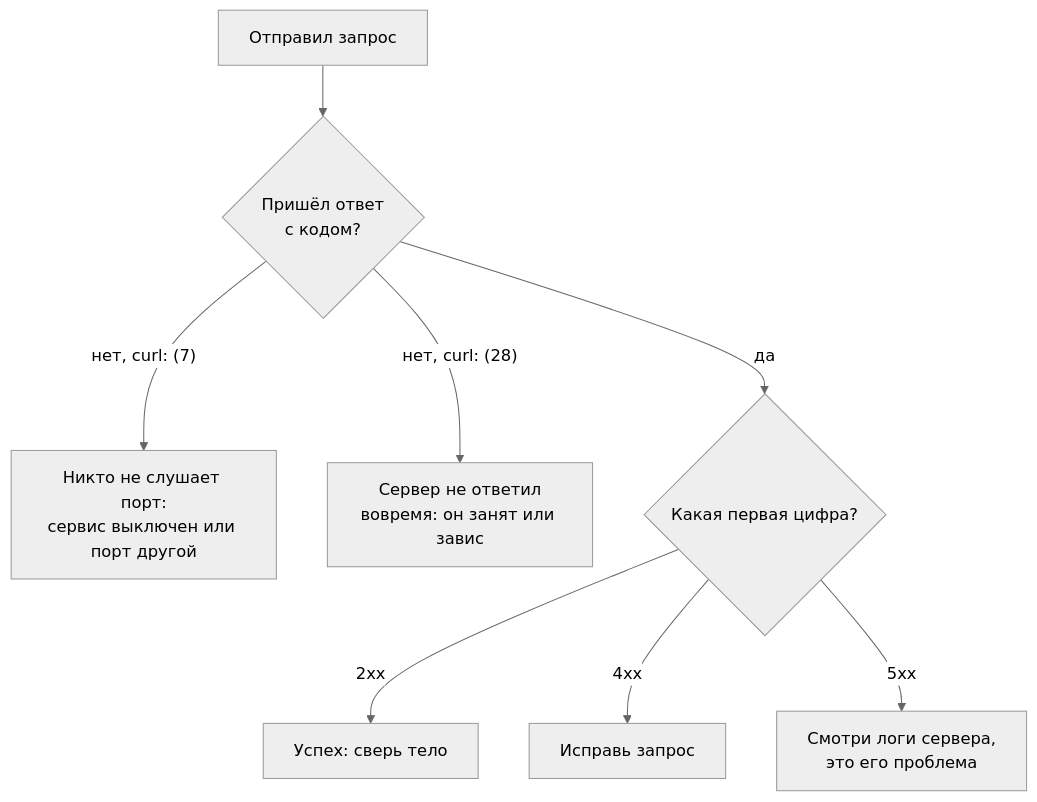
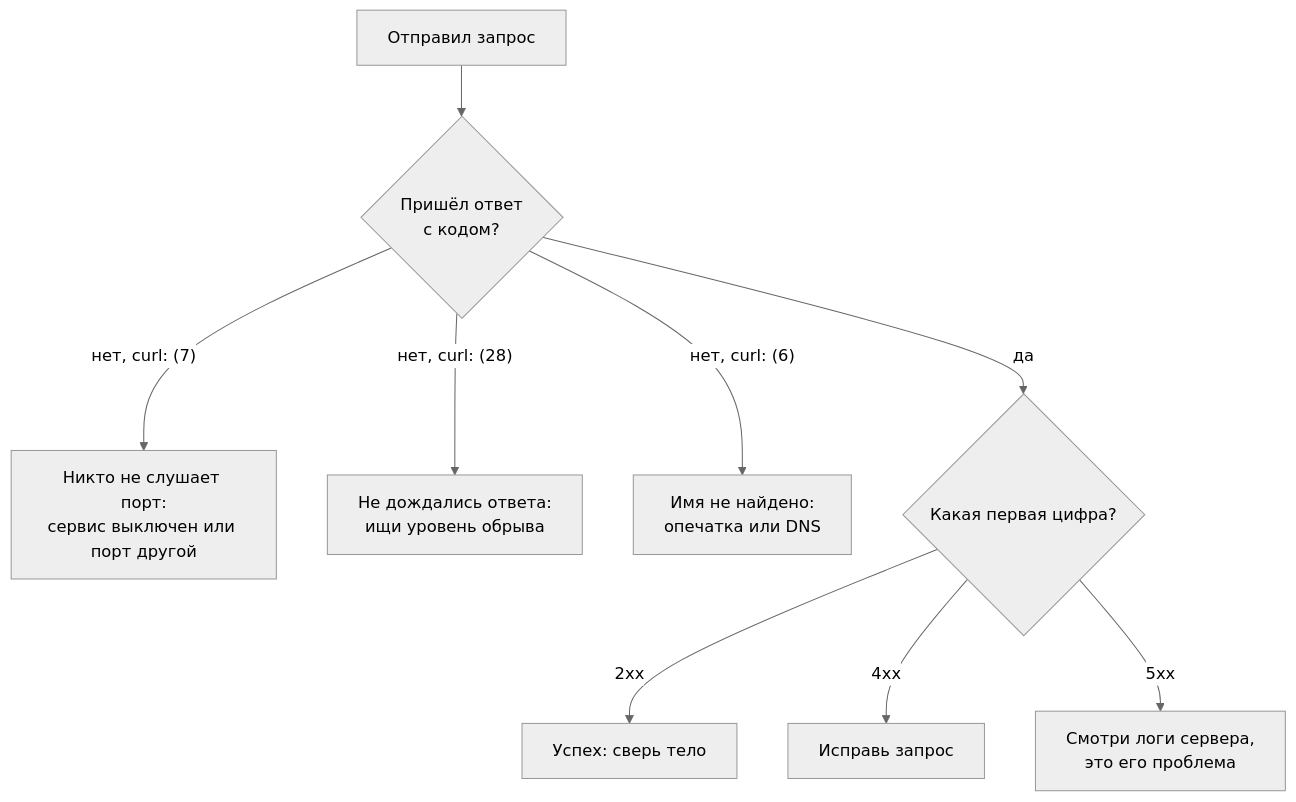
The third of 3 diagrams in load-tester/02-web/01-client-server-http.md (distinguished-sre/learning), drawn with Mermaid (neutral theme) before and after one commit. The commit also changed other lines of this file and 462 other files, not shown here.

````diff
--- a/load-tester/02-web/01-client-server-http.md
+++ b/load-tester/02-web/01-client-server-http.md
@@ -286,10 +311,11 @@
 ```mermaid
 flowchart TD
     A["Отправил запрос"] --> B{"Пришёл ответ<br/>с кодом?"}
     B -->|"нет, curl: (7)"| C["Никто не слушает порт:<br/>сервис выключен или порт другой"]
-    B -->|"нет, curl: (28)"| D["Сервер не ответил<br/>вовремя: он занят или завис"]
+    B -->|"нет, curl: (28)"| D["Не дождались ответа:<br/>ищи уровень обрыва"]
+    B -->|"нет, curl: (6)"| D6["Имя не найдено:<br/>опечатка или DNS"]
     B -->|"да"| E{"Какая первая цифра?"}
     E -->|"2xx"| F["Успех: сверь тело"]
     E -->|"4xx"| G["Исправь запрос"]
     E -->|"5xx"| H["Смотри логи сервера,<br/>это его проблема"]
 ```
````
